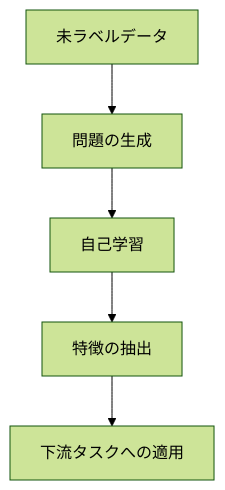
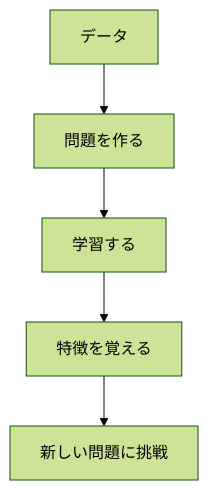
The diagram in docs/AI/100_入門_自己教師あり学習.md (haruka-aibara/haruka-aibara), drawn with Mermaid (forest theme) before and after one commit. The commit also changed other lines of this file and 34 other files, not shown here.

````diff
--- a/docs/AI/100_入門_自己教師あり学習.md
+++ b/docs/AI/100_入門_自己教師あり学習.md
@@ -36,7 +36,7 @@
 ```mermaid
 graph TD
-    A[未ラベルデータ] --> B[問題の生成]
-    B --> C[自己学習]
-    C --> D[特徴の抽出]
-    D --> E[下流タスクへの適用]
+    A[データ] --> B[問題を作る]
+    B --> C[学習する]
+    C --> D[特徴を覚える]
+    D --> E[新しい問題に挑戦]
 ```
````
